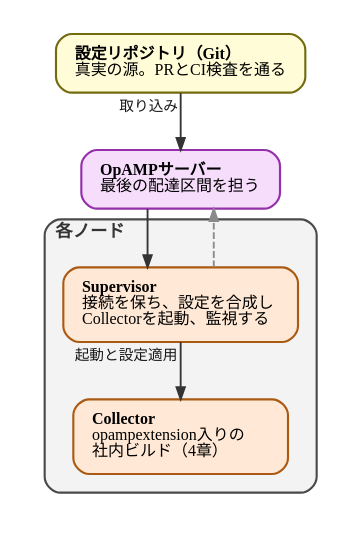
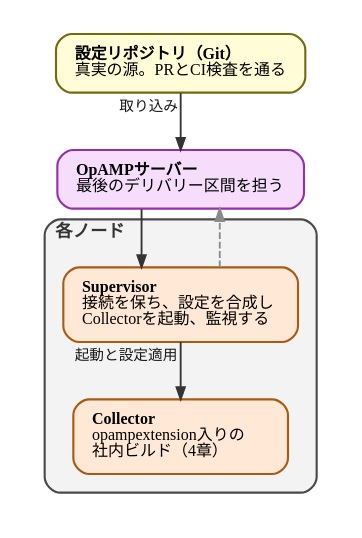
Before and after one commit to ymotongpoo/zenn.dev: the diagram in diagrams/observability-platform-with-otel/20260926-opamp-topology.dot, drawn with Graphviz. The commit also changed 5 other files, not shown here.

```diff
--- a/diagrams/observability-platform-with-otel/20260926-opamp-topology.dot
+++ b/diagrams/observability-platform-with-otel/20260926-opamp-topology.dot
@@ -1,38 +1,38 @@
 // OpAMPによるフリート管理の構成
 digraph opamp_topology {
   graph [
     fontname="IBM Plex Sans JP", fontsize=13,
     rankdir=TB, compound=true, splines=ortho,
     nodesep=0.5, ranksep=0.6, pad=0.25,
     bgcolor="white", newrank=true
   ];
   node [
     fontname="IBM Plex Sans JP", fontsize=12,
     shape=box, style="rounded,filled",
     fillcolor="#E4E4E4", color="#4A4A4A", penwidth=1.6,
     margin="0.2,0.14"
   ];
   edge [
     fontname="IBM Plex Sans JP", fontsize=11,
     color="#343434", penwidth=1.4, arrowsize=0.9,
     fontcolor="#171717"
   ];
 
   git [label=<<b>設定リポジトリ（Git）</b><br align="left"/>真実の源。PRとCI検査を通る<br align="left"/>>, fillcolor="#FFFCD7", color="#736B10"];
-  server [label=<<b>OpAMPサーバー</b><br align="left"/>最後の配達区間を担う<br align="left"/>>, fillcolor="#F7DDFC", color="#9430A9"];
+  server [label=<<b>OpAMPサーバー</b><br align="left"/>最後のデリバリー区間を担う<br align="left"/>>, fillcolor="#F7DDFC", color="#9430A9"];
 
   subgraph cluster_node {
     label=<<b>各ノード</b>>;
     labeljust="l"; style="rounded"; penwidth=1.6;
     color="#4A4A4A"; bgcolor="#F3F3F3"; fontcolor="#343434"; margin=14;
     supervisor [label=<<b>Supervisor</b><br align="left"/>接続を保ち、設定を合成し<br align="left"/>Collectorを起動、監視する<br align="left"/>>, fillcolor="#FFE9D6", color="#AB5A13"];
     collector [label=<<b>Collector</b><br align="left"/>opampextension入りの<br align="left"/>社内ビルド（4章）<br align="left"/>>, fillcolor="#FFE9D6", color="#AB5A13"];
     supervisor -> collector [xlabel=" 起動と設定適用"];
   }
 
   git -> server [xlabel=" 取り込み"];
   server -> supervisor;
   // 報告の内容（ヘルス、実効設定、APPLIED/FAILED）はキャプションと本文にある。
   // ここにラベルを置くと、配布の辺との隙間を取り合ってクラスタの枠線に乗る。
   supervisor -> server [style=dashed, color="#8A8A8A", fontcolor="#4A4A4A"];
 }
```
